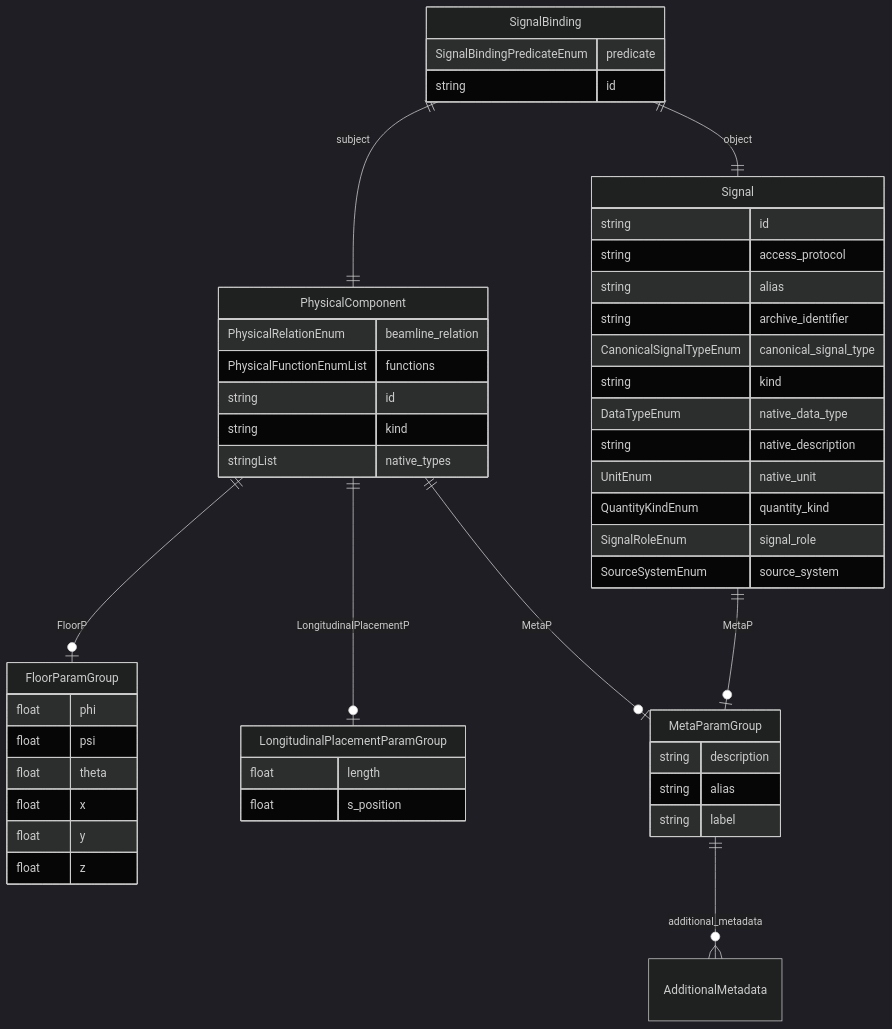
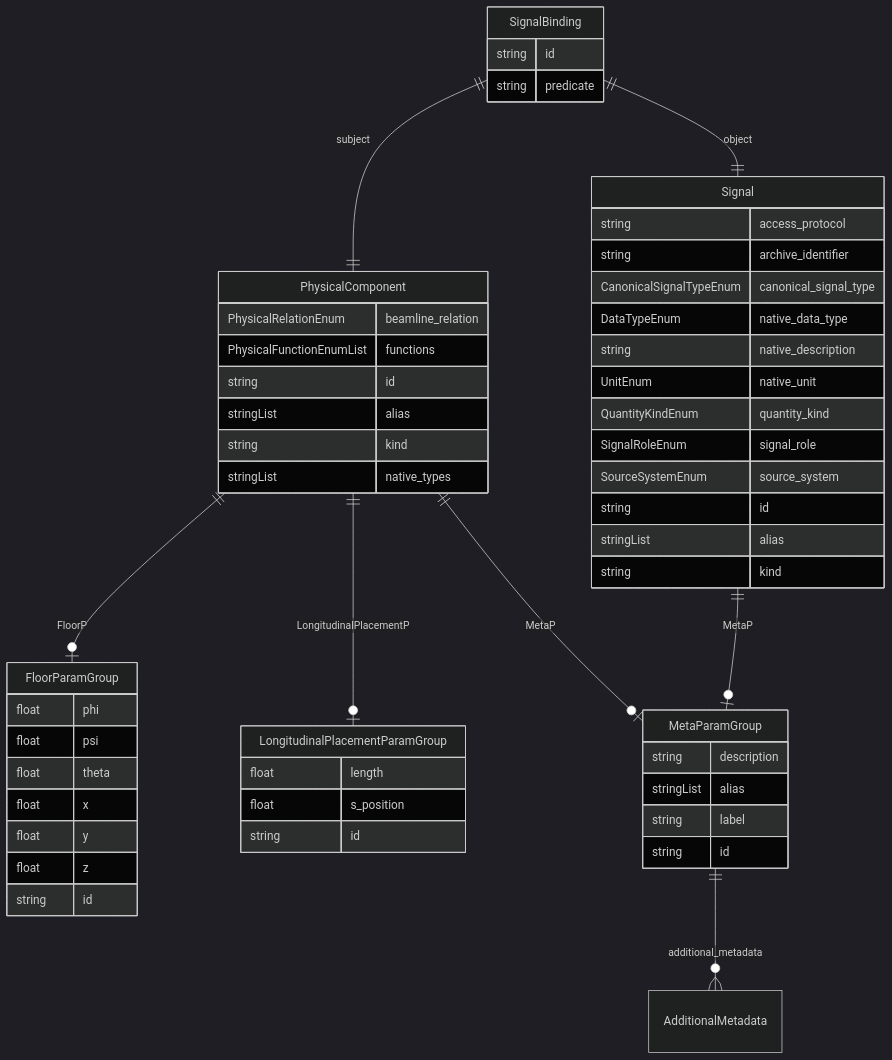
One commit to pals-project/pals-facility-config changed the diagram in docs/elements/classes/SignalBinding.md. Above: the diagram before and after it, drawn with Mermaid (dark theme). The commit also changed other lines of this file and 499 other files, not shown here.

````diff
--- a/docs/elements/classes/SignalBinding.md
+++ b/docs/elements/classes/SignalBinding.md
@@ -15,54 +17,58 @@
 ```mermaid
 erDiagram
 FloorParamGroup {
     float phi  
     float psi  
     float theta  
     float x  
     float y  
     float z  
+    string id  
 }
 LongitudinalPlacementParamGroup {
     float length  
     float s_position  
+    string id  
 }
 MetaParamGroup {
     string description  
-    string alias  
+    stringList alias  
     string label  
+    string id  
 }
 PhysicalComponent {
     PhysicalRelationEnum beamline_relation  
     PhysicalFunctionEnumList functions  
     string id  
+    stringList alias  
     string kind  
     stringList native_types  
 }
 Signal {
-    string id  
     string access_protocol  
-    string alias  
     string archive_identifier  
     CanonicalSignalTypeEnum canonical_signal_type  
-    string kind  
     DataTypeEnum native_data_type  
     string native_description  
     UnitEnum native_unit  
     QuantityKindEnum quantity_kind  
     SignalRoleEnum signal_role  
     SourceSystemEnum source_system  
+    string id  
+    stringList alias  
+    string kind  
 }
 SignalBinding {
-    SignalBindingPredicateEnum predicate  
     string id  
+    string predicate  
 }
 
 MetaParamGroup ||--}o AdditionalMetadata : "additional_metadata"
 PhysicalComponent ||--|o FloorParamGroup : "FloorP"
 PhysicalComponent ||--|o LongitudinalPlacementParamGroup : "LongitudinalPlacementP"
 PhysicalComponent ||--|o MetaParamGroup : "MetaP"
 Signal ||--|o MetaParamGroup : "MetaP"
 SignalBinding ||--|| PhysicalComponent : "subject"
 SignalBinding ||--|| Signal : "object"
 
 ```
````
